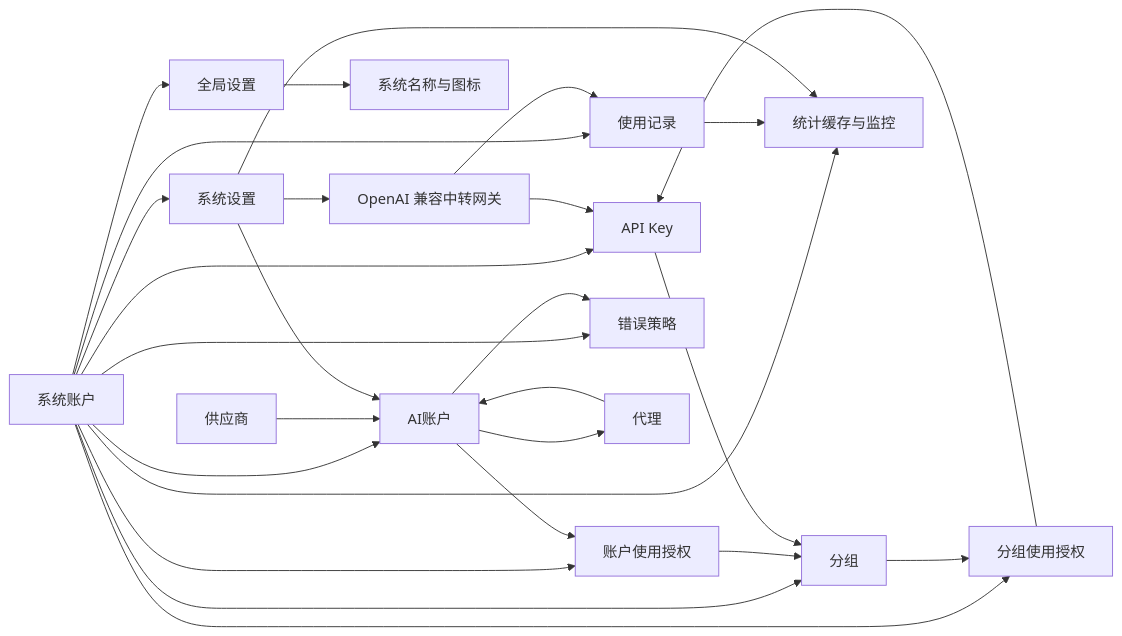
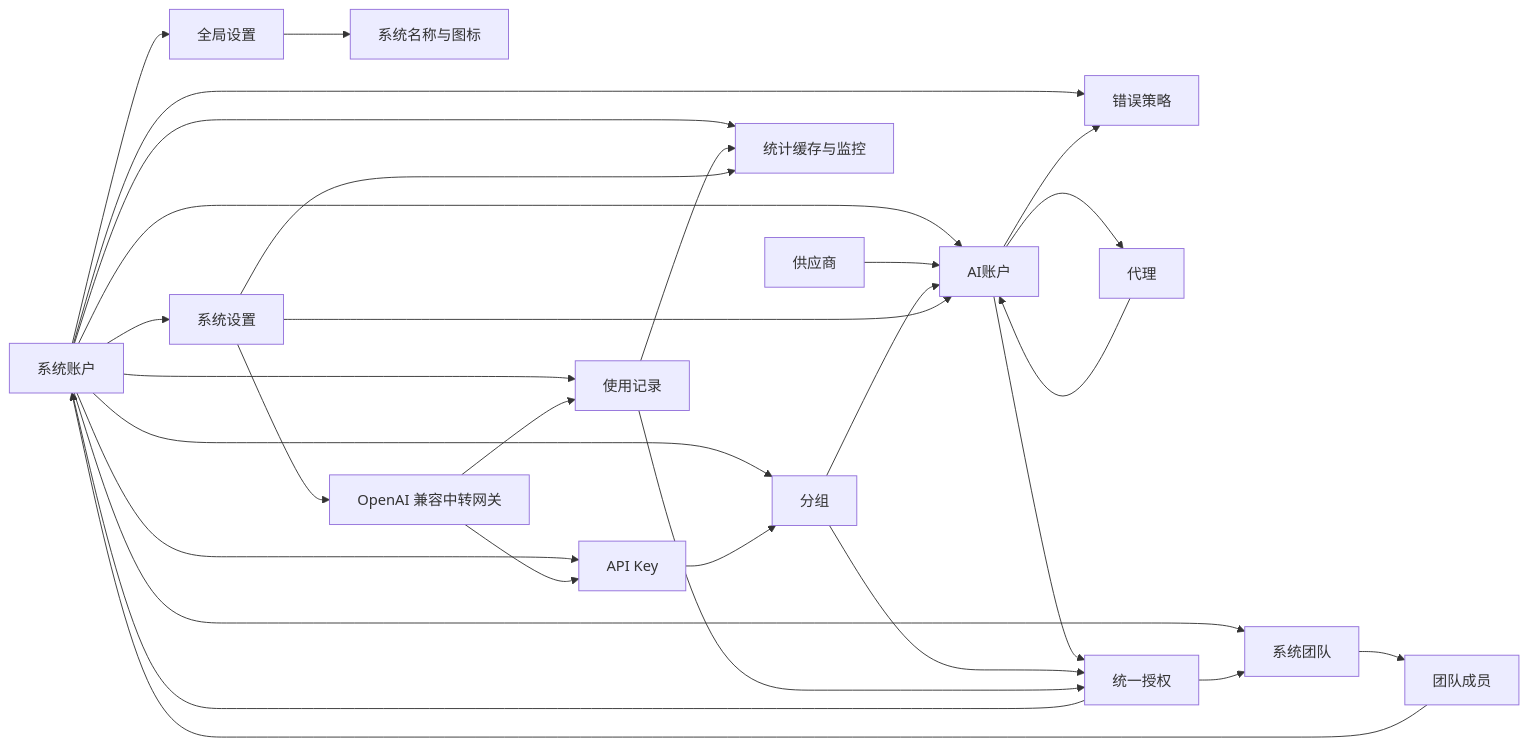
One commit to huanmin123/juhe-ai changed the diagram in docs/architecture/架构总览.md. Above: the diagram before and after it, drawn with Mermaid. The commit also changed other lines of this file and 36 other files, not shown here.

````diff
--- a/docs/architecture/架构总览.md
+++ b/docs/architecture/架构总览.md
@@ -51,29 +53,32 @@
 ```mermaid
 flowchart LR
   SystemAccount["系统账户"] --> GlobalSettings["全局设置"]
   SystemAccount --> SystemSettings["系统设置"]
+  SystemAccount --> SystemTeam["系统团队"]
+  SystemTeam --> TeamMember["团队成员"]
+  TeamMember --> SystemAccount
   SystemAccount --> AIAccount["AI账户"]
-  SystemAccount --> AccountAuthorization["账户使用授权"]
   SystemAccount --> Group["分组"]
-  SystemAccount --> GroupAuthorization["分组使用授权"]
   SystemAccount --> APIKey["API Key"]
   SystemAccount --> Usage["使用记录"]
   SystemAccount --> Stats["统计缓存与监控"]
   SystemAccount --> ErrorPolicy["错误策略"]
   GlobalSettings --> AppBrand["系统名称与图标"]
   Provider["供应商"] --> AIAccount
   Proxy["代理"] --> AIAccount
   AIAccount --> Proxy
   AIAccount --> ErrorPolicy
-  AIAccount --> AccountAuthorization
-  AccountAuthorization --> Group
-  Group --> GroupAuthorization
-  GroupAuthorization --> APIKey
+  AIAccount --> ResourceAuthorization["统一授权"]
+  Group --> ResourceAuthorization
+  ResourceAuthorization --> SystemAccount
+  ResourceAuthorization --> SystemTeam
+  Group --> AIAccount
   APIKey --> Group
   Gateway["OpenAI 兼容中转网关"] --> APIKey
   Gateway --> Usage["使用记录"]
+  Usage --> ResourceAuthorization
   Usage --> Stats["统计缓存与监控"]
   SystemSettings --> Gateway
   SystemSettings --> AIAccount
   SystemSettings --> Stats
 ```
````
